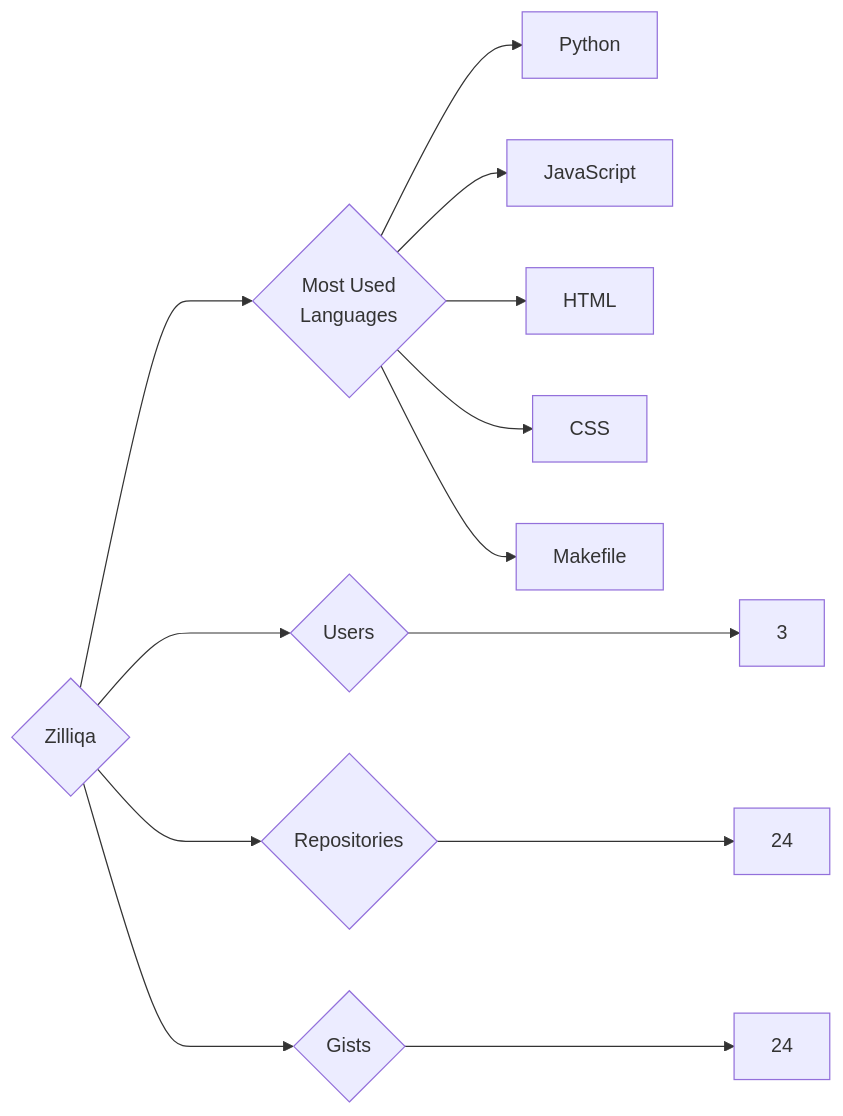
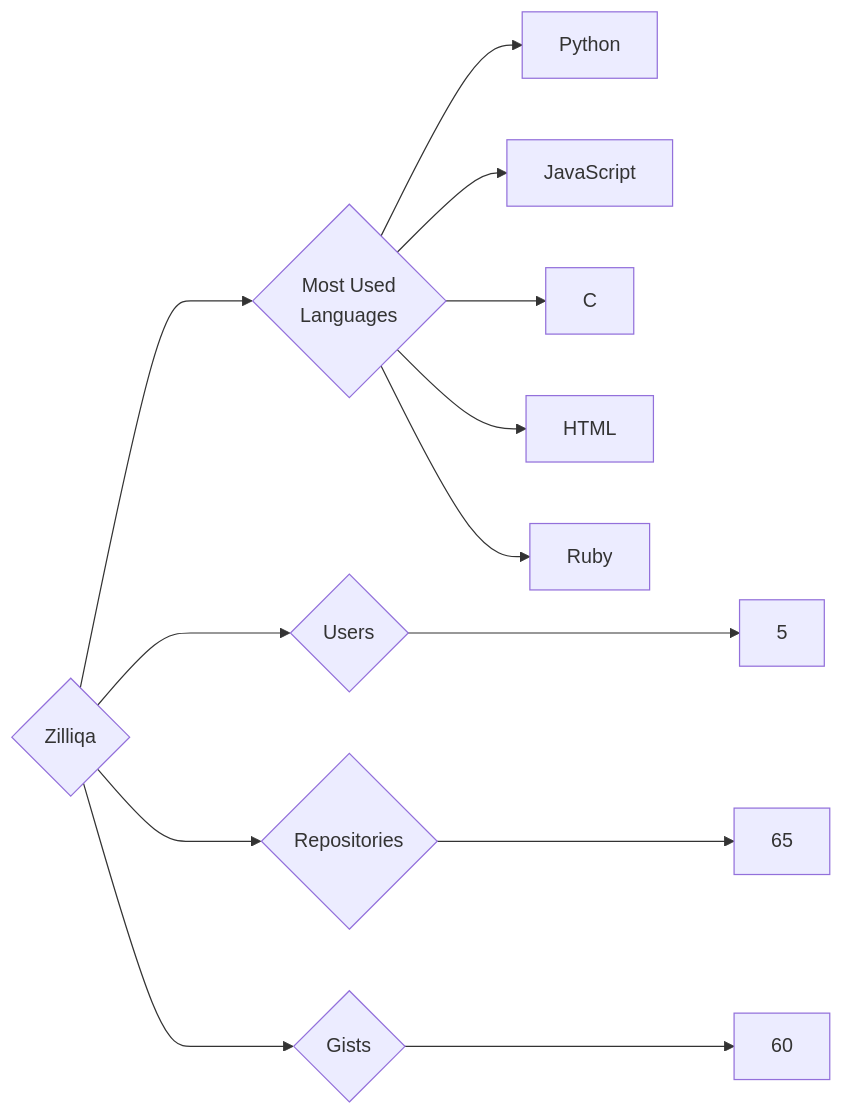
One commit to trickest/insiders changed the diagram in targets/Zilliqa/README.md. Above: the diagram before and after it, drawn with Mermaid. The commit also changed 955 other files, not shown here.

````diff
--- a/targets/Zilliqa/README.md
+++ b/targets/Zilliqa/README.md
@@ -3,13 +3,13 @@
 ```mermaid
 graph LR
 COMPANY_NAME{Zilliqa}
-COMPANY_NAME ---> U{Users} ---> UN[3]
-COMPANY_NAME ---> R{Repositories} ---> RN[24]
-COMPANY_NAME ---> G{Gists} ---> GN[24]
+COMPANY_NAME ---> U{Users} ---> UN[5]
+COMPANY_NAME ---> R{Repositories} ---> RN[65]
+COMPANY_NAME ---> G{Gists} ---> GN[60]
 COMPANY_NAME ---> ML{Most Used<br>Languages}
 ML --> Python[Python]
 ML --> JavaScript[JavaScript]
+ML --> C[C]
 ML --> HTML[HTML]
-ML --> CSS[CSS]
-ML --> Makefile[Makefile]
+ML --> Ruby[Ruby]
 ```
````
